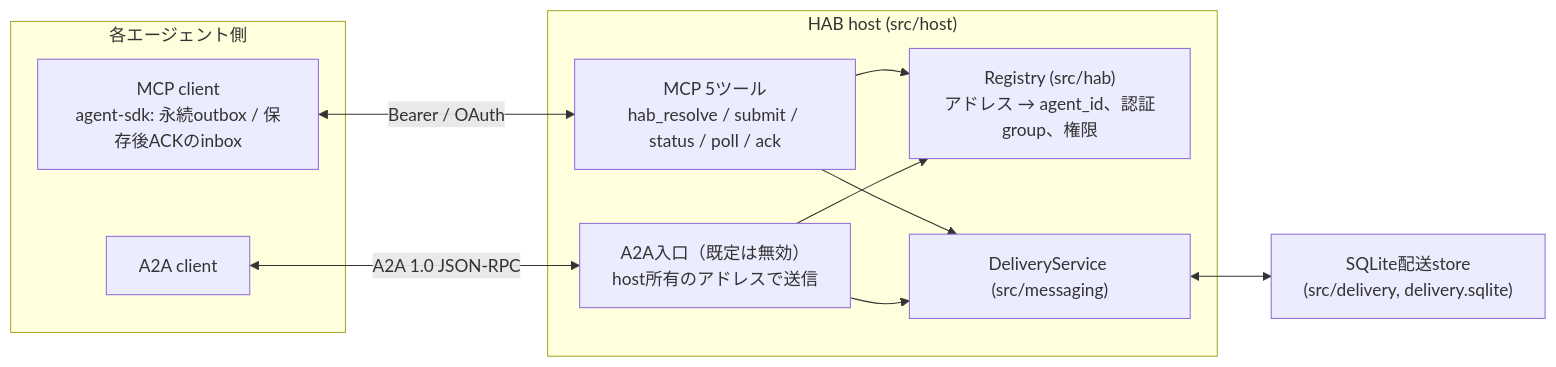
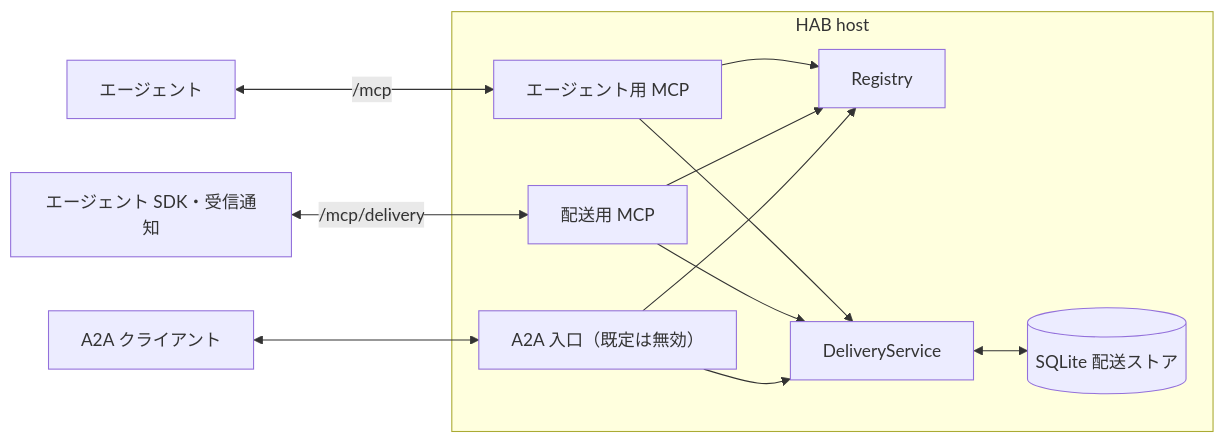
One commit to s-hiraoku/hiraoku-agent-base changed the first of 2 diagrams in README.md. Above: the diagram before and after it, drawn with Mermaid. The commit also changed other lines of this file and 4 other files, not shown here.

````diff
--- a/README.md
+++ b/README.md
@@ -48,21 +35,18 @@
 ```mermaid
 flowchart LR
-  subgraph AG["各エージェント側"]
-    MA["MCP client<br/>agent-sdk: 永続outbox / 保存後ACKのinbox"]
-    AA["A2A client"]
+  Agent["エージェント"] <-->|"/mcp"| MCP
+  SDK["エージェント SDK・受信通知"] <-->|"/mcp/delivery"| DeliveryMCP
+  Client["A2A クライアント"] <--> A2A
+  subgraph Host["HAB host"]
+    MCP["エージェント用 MCP"]
+    DeliveryMCP["配送用 MCP"]
+    A2A["A2A 入口（既定は無効）"]
+    Registry["Registry"]
+    Delivery["DeliveryService"]
+    Store[("SQLite 配送ストア")]
+    MCP --> Registry & Delivery
+    DeliveryMCP --> Registry & Delivery
+    A2A --> Registry & Delivery
+    Delivery <--> Store
   end
-  subgraph HOST["HAB host (src/host)"]
-    MCP["MCP 5ツール<br/>hab_resolve / submit / status / poll / ack"]
-    A2A["A2A入口（既定は無効）<br/>host所有のアドレスで送信"]
-    REG["Registry (src/hab)<br/>アドレス → agent_id、認証group、権限"]
-    DS["DeliveryService (src/messaging)"]
-  end
-  DB["SQLite配送store<br/>(src/delivery, delivery.sqlite)"]
-  MA <-->|"Bearer / OAuth"| MCP
-  AA <-->|"A2A 1.0 JSON-RPC"| A2A
-  MCP --> REG
-  A2A --> REG
-  MCP --> DS
-  A2A --> DS
-  DS <--> DB
 ```
````
